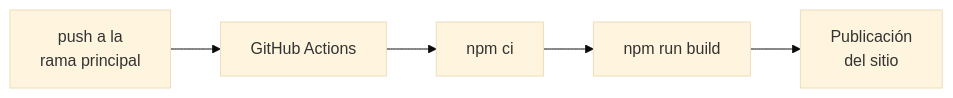
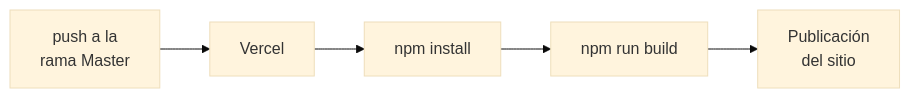
The diagram in docs/generador/mmd/mt-12.mmd (DevCristobalvc/geovisor-sevillavalle), drawn with Mermaid (base theme) before and after one commit. The commit also changed 49 other files, not shown here.

```diff
--- a/docs/generador/mmd/mt-12.mmd
+++ b/docs/generador/mmd/mt-12.mmd
@@ -1,5 +1,5 @@
 flowchart LR
-    A["push a la<br/>rama principal"] --> B["GitHub Actions"]
-    B --> C["npm ci"]
+    A["push a la<br/>rama Master"] --> B["Vercel"]
+    B --> C["npm install"]
     C --> D["npm run build"]
     D --> E["Publicación<br/>del sitio"]
```
